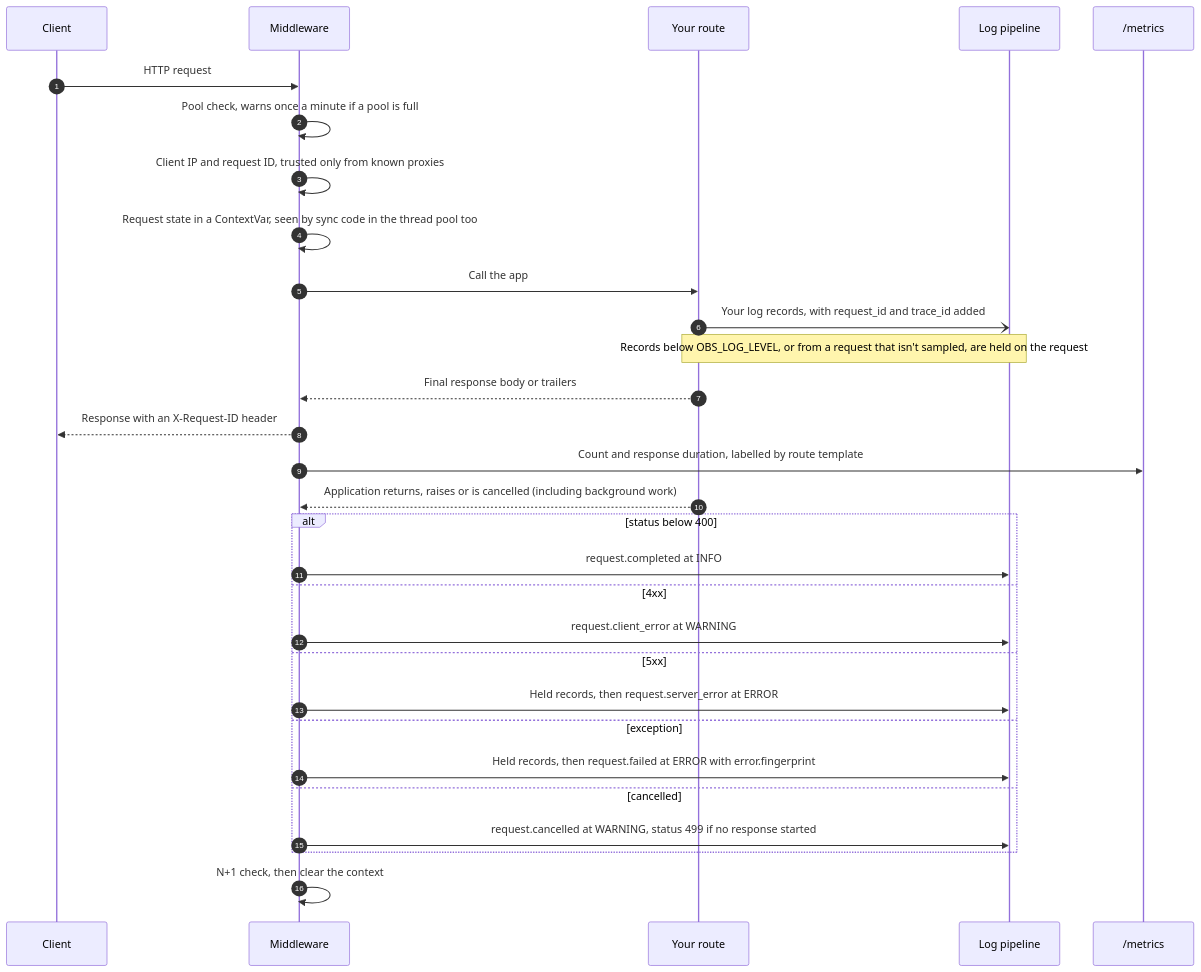
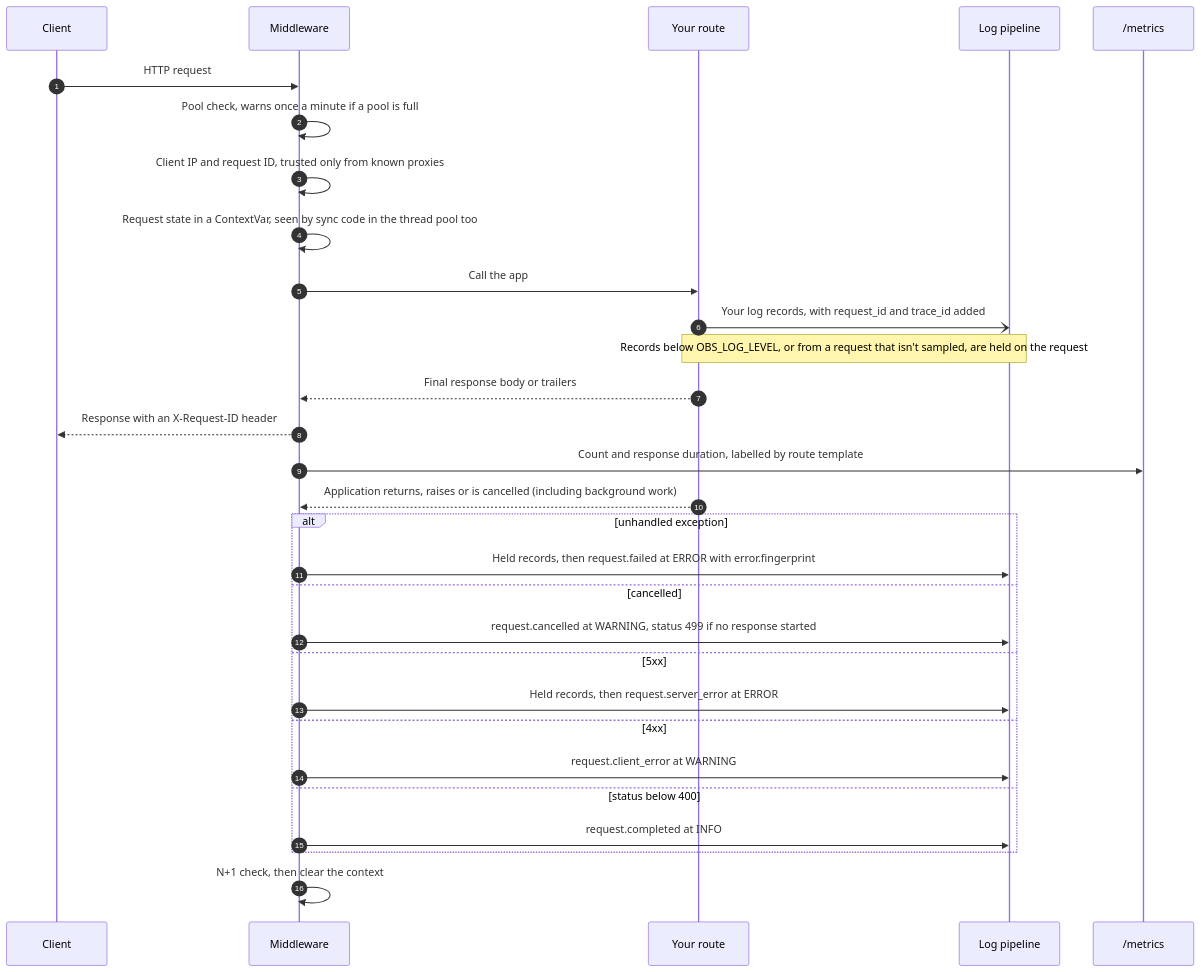
One commit to Vitaee/FastapiObserver changed the second of 4 diagrams in docs/architecture.md. Above: the diagram before and after it, drawn with Mermaid. The commit also changed other lines of this file and 11 other files, not shown here.

Commit message:
docs: align guidance and roadmap with v2.2.0

````diff
--- a/docs/architecture.md
+++ b/docs/architecture.md
@@ -79,33 +84,33 @@
 ```mermaid
 sequenceDiagram
   autonumber
   participant C as Client
   participant M as Middleware
   participant A as Your route
   participant L as Log pipeline
   participant P as /metrics
 
   C->>M: HTTP request
   M->>M: Pool check, warns once a minute if a pool is full
   M->>M: Client IP and request ID, trusted only from known proxies
   M->>M: Request state in a ContextVar, seen by sync code in the thread pool too
   M->>A: Call the app
   A-)L: Your log records, with request_id and trace_id added
   Note over A,L: Records below OBS_LOG_LEVEL, or from a request that isn't sampled, are held on the request
   A-->>M: Final response body or trailers
   M-->>C: Response with an X-Request-ID header
   M->>P: Count and response duration, labelled by route template
   A-->>M: Application returns, raises or is cancelled (including background work)
-  alt status below 400
-    M->>L: request.completed at INFO
-  else 4xx
-    M->>L: request.client_error at WARNING
-  else 5xx
-    M->>L: Held records, then request.server_error at ERROR
-  else exception
+  alt unhandled exception
     M->>L: Held records, then request.failed at ERROR with error.fingerprint
   else cancelled
     M->>L: request.cancelled at WARNING, status 499 if no response started
+  else 5xx
+    M->>L: Held records, then request.server_error at ERROR
+  else 4xx
+    M->>L: request.client_error at WARNING
+  else status below 400
+    M->>L: request.completed at INFO
   end
   M->>M: N+1 check, then clear the context
 ```
````
